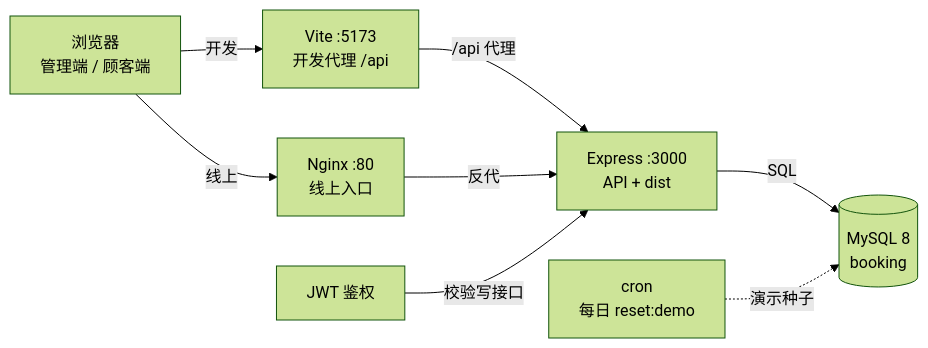
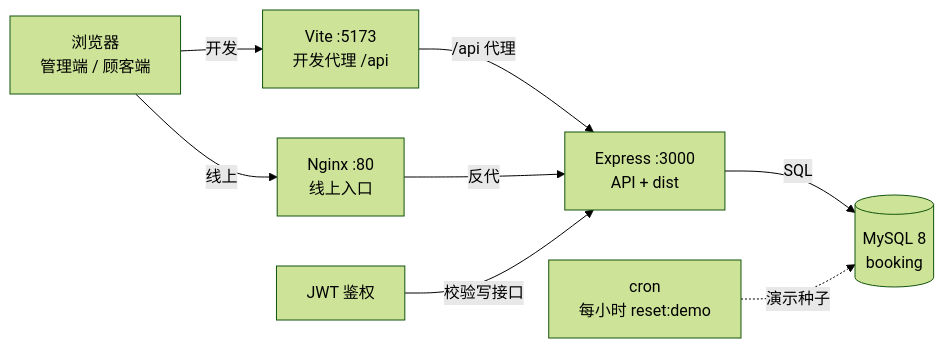
The diagram in README.md (Lumos661514/RBMS), drawn with Mermaid (forest theme) before and after one commit. The commit also changed other lines of this file and 7 other files, not shown here.

````diff
--- a/README.md
+++ b/README.md
@@ -12,18 +12,18 @@
 ```mermaid
 flowchart LR
   browser["浏览器<br/>管理端 / 顾客端"]
   vite["Vite :5173<br/>开发代理 /api"]
   nginx["Nginx :80<br/>线上入口"]
   express["Express :3000<br/>API + dist"]
   jwt["JWT 鉴权"]
   mysql[("MySQL 8<br/>booking")]
-  cron["cron<br/>每日 reset:demo"]
+  cron["cron<br/>每小时 reset:demo"]
 
   browser -->|开发| vite
   browser -->|线上| nginx
   vite -->|/api 代理| express
   nginx -->|反代| express
   jwt -->|校验写接口| express
   express -->|SQL| mysql
   cron -.->|演示种子| mysql
 ```
````
